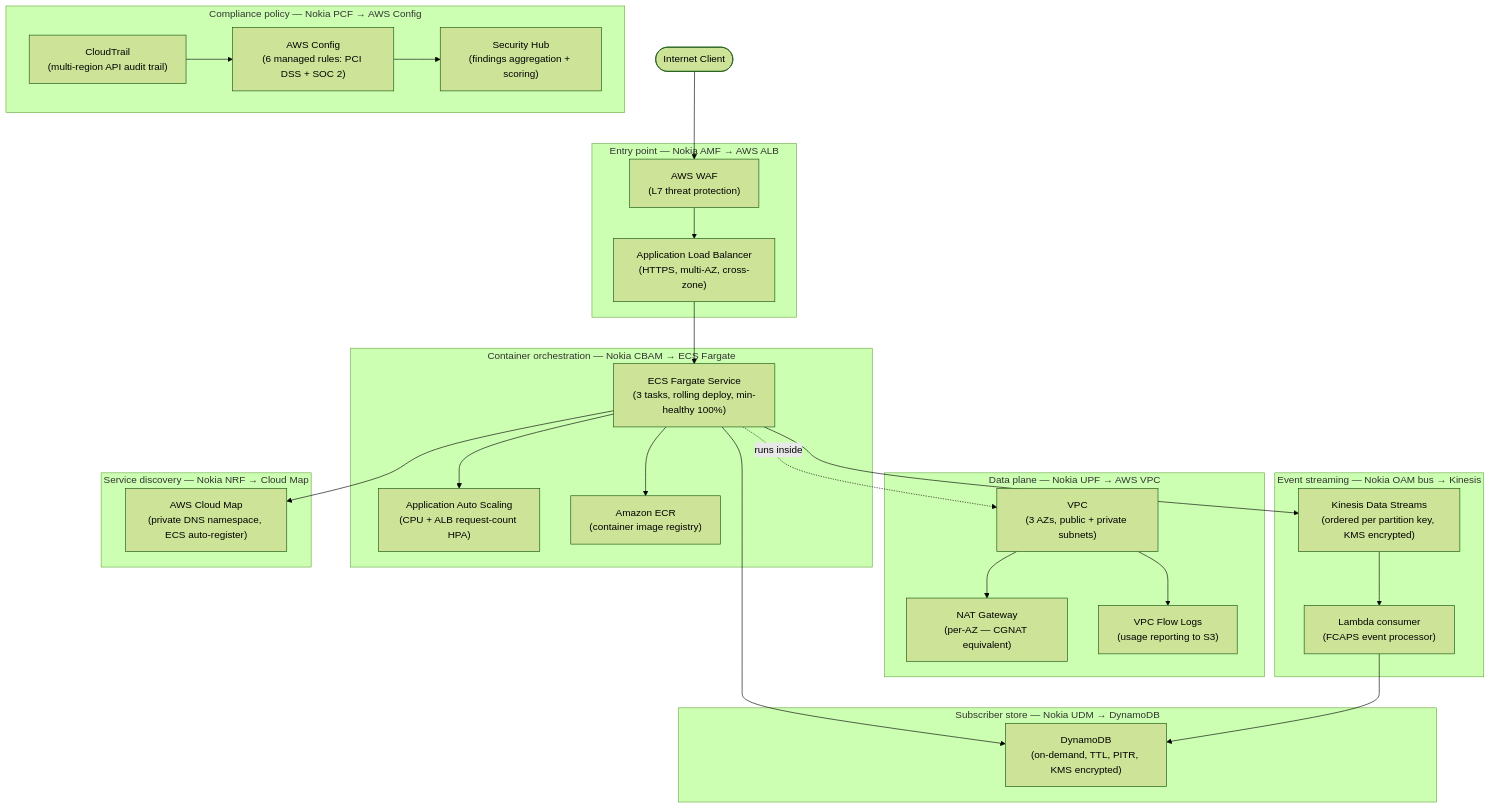
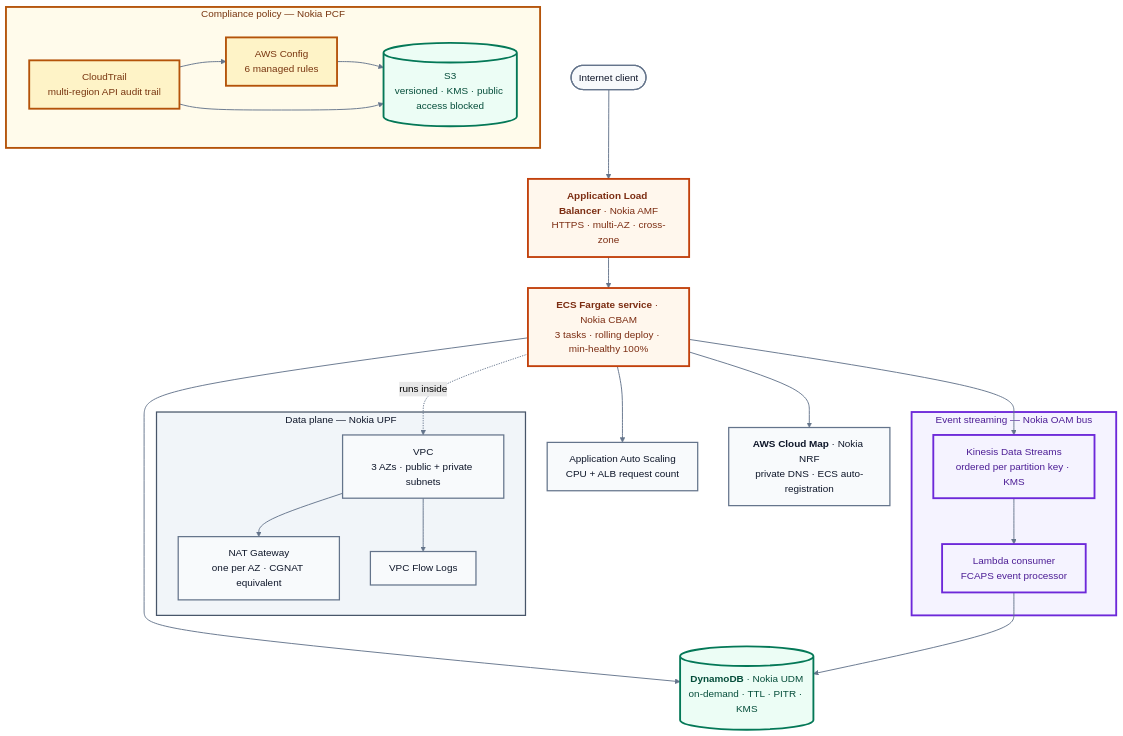
One commit to sadvi11/nokia-5g-to-aws-migration changed the diagram in diagrams/ARCHITECTURE.md. Above: the diagram before and after it, drawn with Mermaid (forest theme). The commit also changed other lines of this file and 2 other files, not shown here.

Commit message:
docs: remove WAF, ECR and Security Hub - the Terraform does not create them
The architecture diagram, the module table and diagrams/ARCHITECTURE.md all
showed AWS WAF, Amazon ECR and Security Hub as deployed components. None of
them exist in terraform/: there is no aws_wafv2_* resource, no
aws_ecr_repository, and no aws_securityhub_* resource. The only 'ECR' strings
in the tree are the word inside 'secret_key', 'kms:Decrypt', and a comment
saying to replace the image later - container_image defaults to nginx:latest.

Checked and kept, because these were right: 3 AZs with per-AZ NAT
(count = length(var.availability_zones), default 3 zones), and exactly 6 AWS
Config managed rules.

The mapping table keeps WAF and API Gateway, because its column is 'AWS
Equivalent' and as a conceptual mapping that is accurate - but it now says so
in a note above the table, so it cannot be read as a deployment manifest.

Also redraws the diagram top-down: it was 2411x1300, which is unreadable on a
phone, and swaps \n for <br/> in labels since \n is not a reliable line break.

````diff
--- a/diagrams/ARCHITECTURE.md
+++ b/diagrams/ARCHITECTURE.md
@@ -9,55 +9,52 @@
 ```mermaid
-flowchart TB
-  Client(["Internet Client"])
+flowchart TD
+  Client(["Internet client"])
+  ALB["<b>Application Load Balancer</b> · Nokia AMF<br/>HTTPS · multi-AZ · cross-zone"]
+  ECS["<b>ECS Fargate service</b> · Nokia CBAM<br/>3 tasks · rolling deploy · min-healthy 100%"]
+  ASG["Application Auto Scaling<br/>CPU + ALB request count"]
+  CloudMap["<b>AWS Cloud Map</b> · Nokia NRF<br/>private DNS · ECS auto-registration"]
+  DDB[("<b>DynamoDB</b> · Nokia UDM<br/>on-demand · TTL · PITR · KMS")]
 
-  subgraph Entry ["Entry point — Nokia AMF → AWS ALB"]
-    ALB["Application Load Balancer\n(HTTPS, multi-AZ, cross-zone)"]
-    WAF["AWS WAF\n(L7 threat protection)"]
+  subgraph DataPlane["Data plane — Nokia UPF"]
+    VPC["VPC<br/>3 AZs · public + private subnets"]
+    NAT["NAT Gateway<br/>one per AZ · CGNAT equivalent"]
+    FlowLogs["VPC Flow Logs"]
   end
 
-  subgraph DataPlane ["Data plane — Nokia UPF → AWS VPC"]
-    VPC["VPC\n(3 AZs, public + private subnets)"]
-    NAT["NAT Gateway\n(per-AZ — CGNAT equivalent)"]
-    FlowLogs["VPC Flow Logs\n(usage reporting to S3)"]
+  subgraph EventBus["Event streaming — Nokia OAM bus"]
+    Kinesis["Kinesis Data Streams<br/>ordered per partition key · KMS"]
+    Lambda["Lambda consumer<br/>FCAPS event processor"]
   end
 
-  subgraph Orchestration ["Container orchestration — Nokia CBAM → ECS Fargate"]
-    ECS["ECS Fargate Service\n(3 tasks, rolling deploy, min-healthy 100%)"]
-    ASG["Application Auto Scaling\n(CPU + ALB request-count HPA)"]
-    ECR["Amazon ECR\n(container image registry)"]
+  subgraph Policy["Compliance policy — Nokia PCF"]
+    Config["AWS Config<br/>6 managed rules"]
+    CloudTrail["CloudTrail<br/>multi-region API audit trail"]
+    S3[("S3<br/>versioned · KMS · public access blocked")]
   end
 
-  subgraph EventBus ["Event streaming — Nokia OAM bus → Kinesis"]
-    Kinesis["Kinesis Data Streams\n(ordered per partition key, KMS encrypted)"]
-    Lambda["Lambda consumer\n(FCAPS event processor)"]
-  end
-
-  subgraph DataStore ["Subscriber store — Nokia UDM → DynamoDB"]
-    DDB["DynamoDB\n(on-demand, TTL, PITR, KMS encrypted)"]
-  end
-
-  subgraph Discovery ["Service discovery — Nokia NRF → Cloud Map"]
-    CloudMap["AWS Cloud Map\n(private DNS namespace, ECS auto-register)"]
-  end
-
-  subgraph Policy ["Compliance policy — Nokia PCF → AWS Config"]
-    Config["AWS Config\n(6 managed rules: PCI DSS + SOC 2)"]
-    CloudTrail["CloudTrail\n(multi-region API audit trail)"]
-    SecHub["Security Hub\n(findings aggregation + scoring)"]
-  end
-
-  Client --> WAF --> ALB
-  ALB --> ECS
-  ECS --> ECR
+  Client --> ALB --> ECS
   ECS --> ASG
   ECS --> DDB
-  ECS --> Kinesis
   ECS --> CloudMap
-  Kinesis --> Lambda
-  Lambda --> DDB
+  ECS --> Kinesis --> Lambda --> DDB
   VPC --> NAT
   VPC --> FlowLogs
   ECS -.->|"runs inside"| VPC
-  Config --> SecHub
   CloudTrail --> Config
+  Config --> S3
+  CloudTrail --> S3
+
+    linkStyle default stroke:#64748b,stroke-width:1.5px
+    classDef default fill:#f8fafc,stroke:#64748b,stroke-width:2px,color:#0f172a
+    classDef aws   fill:#fff7ed,stroke:#c2410c,stroke-width:3px,color:#7c2d12
+    classDef ci    fill:#f5f3ff,stroke:#6d28d9,stroke-width:3px,color:#4c1d95
+    classDef data  fill:#ecfdf5,stroke:#047857,stroke-width:3px,color:#064e3b
+    classDef warn  fill:#fef3c7,stroke:#b45309,stroke-width:3px,color:#78350f
+    class ALB,ECS aws
+    class DDB,S3 data
+    class Kinesis,Lambda ci
+    class Config,CloudTrail warn
+    style DataPlane fill:#f1f5f9,stroke:#475569,stroke-width:2px,color:#0f172a
+    style EventBus fill:#f5f3ff,stroke:#6d28d9,stroke-width:3px,color:#4c1d95
+    style Policy fill:#fffbeb,stroke:#b45309,stroke-width:3px,color:#78350f
 ```
````
